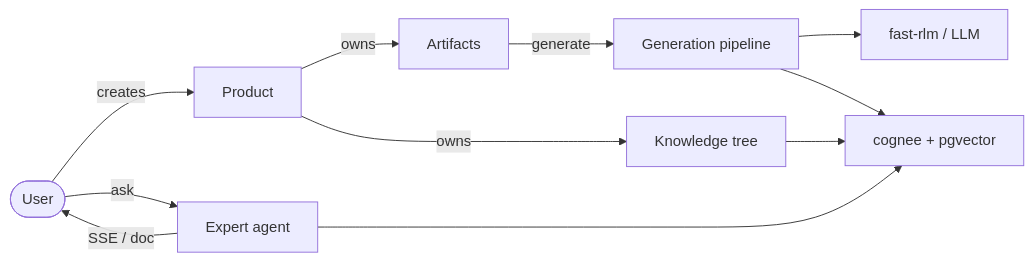
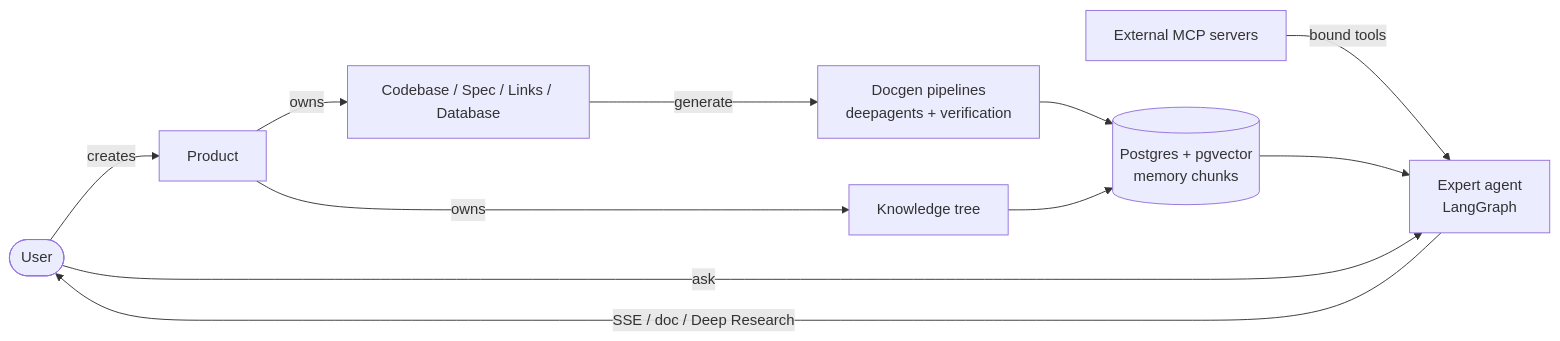
Before and after one commit to bocharoviliyav/productarium: the first of 2 diagrams in README.md, drawn with Mermaid. The commit also changed other lines of this file and 301 other files, not shown here.

````diff
--- a/README.md
+++ b/README.md
@@ -53,13 +54,13 @@
 ```mermaid
 flowchart LR
   U([User]) -->|creates| P[Product]
-  P -->|owns| A[Artifacts]
+  P -->|owns| E[Codebase / Spec / Links / Database]
   P -->|owns| K[Knowledge tree]
-  A -->|generate| G[Generation pipeline]
-  G --> RLM[fast-rlm / LLM]
-  G --> CG[cognee + pgvector]
-  K --> CG
-  E[Expert agent] --> CG
-  U -->|ask| E
-  E -->|SSE / doc| U
+  E -->|generate| G[Docgen pipelines<br/>deepagents + verification]
+  G --> M[(Postgres + pgvector<br/>memory chunks)]
+  K --> M
+  X[External MCP servers] -->|bound tools| A[Expert agent<br/>LangGraph]
+  M --> A
+  U -->|ask| A
+  A -->|SSE / doc / Deep Research| U
 ```
````
